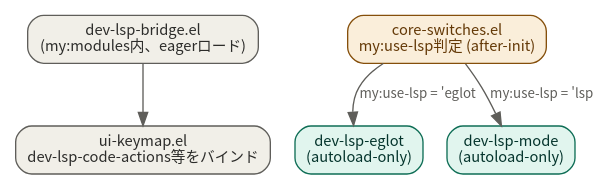
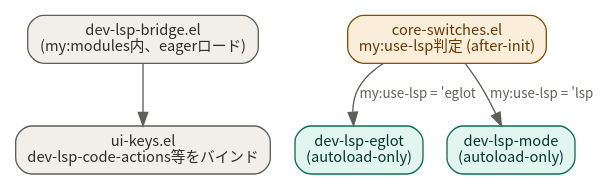
Before and after one commit to ac1965/.emacs.d: the tenth of 15 diagrams in README.org, drawn with Graphviz. The commit also changed other lines of this file and 9 other files, not shown here.

```diff
--- a/README.org
+++ b/README.org
@@ -1942,19 +1942,19 @@
 #+begin_src dot
 digraph lsp_agnostic {
   rankdir=TB;
   bgcolor="white";
   fontname="Noto Sans CJK JP";
   node [shape=box style="rounded,filled" fontname="Noto Sans CJK JP" fontsize=11 fillcolor="#F1EFE8" color="#5F5E5A" fontcolor="#2C2C2A"];
   edge [color="#5F5E5A" fontname="Noto Sans CJK JP" fontsize=10 fontcolor="#5F5E5A"];
 
   bridge [label="dev-lsp-bridge.el\n(my:modules内、eagerロード)"];
-  keymap [label="ui-keymap.el\ndev-lsp-code-actions等をバインド"];
+  keymap [label="ui-keys.el\ndev-lsp-code-actions等をバインド"];
   switches [label="core-switches.el\nmy:use-lsp判定 (after-init)" fillcolor="#FAEEDA" color="#854F0B" fontcolor="#633806"];
   eglot [label="dev-lsp-eglot\n(autoload-only)" fillcolor="#E1F5EE" color="#0F6E56" fontcolor="#04342C"];
   lspmode [label="dev-lsp-mode\n(autoload-only)" fillcolor="#E1F5EE" color="#0F6E56" fontcolor="#04342C"];
 
   bridge -> keymap;
   switches -> eglot [label="my:use-lsp = 'eglot"];
   switches -> lspmode [label="my:use-lsp = 'lsp"];
 }
 #+end_src
```
